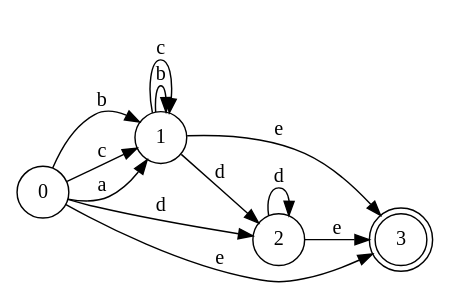
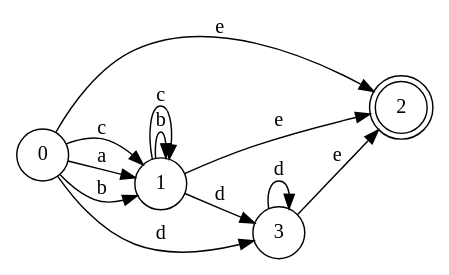
The diagram in out/DFA_regex3.DOT (Jose-Merida-UVG/Compilers-1-CC3071), drawn with Graphviz before and after one commit. The commit also changed 41 other files, not shown here.

```diff
--- a/out/DFA_regex3.DOT
+++ b/out/DFA_regex3.DOT
@@ -1,19 +1,19 @@
 digraph "graph" {
 	rankdir=LR size = "8,5"
 	node[shape=circle]
 	15 [label=0]
 	16 [label=1]
+	18 [label=2][shape=doublecircle]
+	16 -> 18 [label="e"]
 	16 -> 16 [label="b"]
 	16 -> 16 [label="c"]
-	17 [label=2]
+	17 [label=3]
 	17 -> 17 [label="d"]
-	18 [label=3][shape=doublecircle]
 	17 -> 18 [label="e"]
 	16 -> 17 [label="d"]
-	16 -> 18 [label="e"]
+	15 -> 16 [label="a"]
 	15 -> 16 [label="b"]
 	15 -> 16 [label="c"]
 	15 -> 17 [label="d"]
 	15 -> 18 [label="e"]
-	15 -> 16 [label="a"]
 }
```
